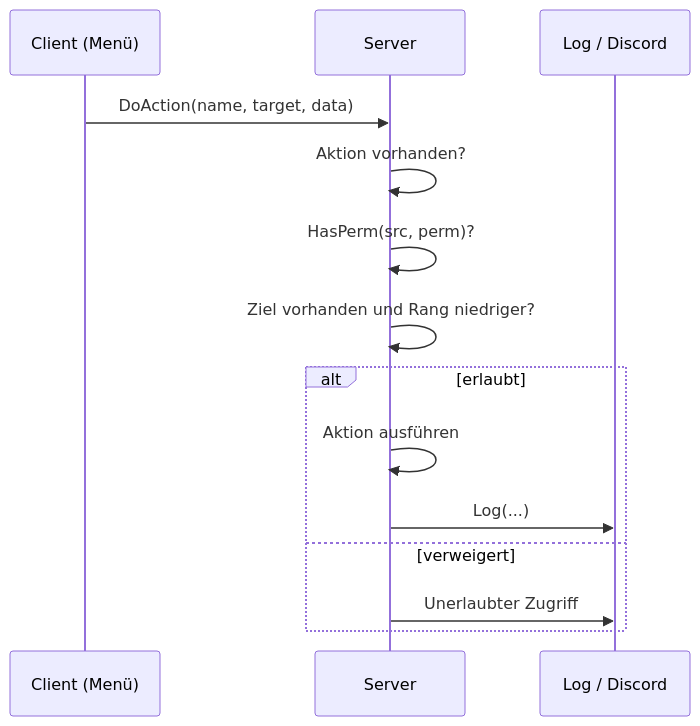
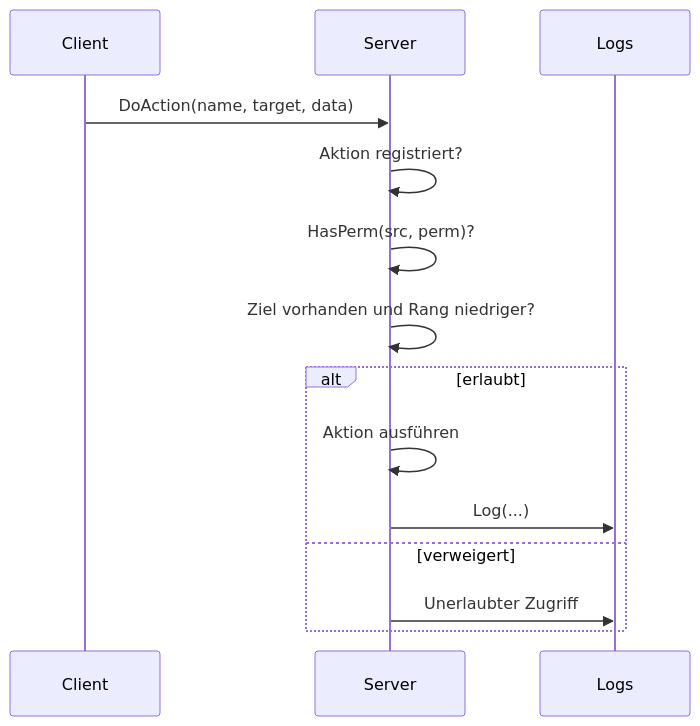
One commit to TakeAdminMenu/TakeAdminDocs changed the diagram in README.md. Above: the diagram before and after it, drawn with Mermaid. The commit also changed other lines of this file, not shown here.

````diff
--- a/README.md
+++ b/README.md
@@ -187,16 +308,16 @@
 ```mermaid
 sequenceDiagram
-    participant C as Client (Menü)
+    participant C as Client
     participant S as Server
-    participant L as Log / Discord
+    participant L as Logs
     C->>S: DoAction(name, target, data)
-    S->>S: Aktion vorhanden?
+    S->>S: Aktion registriert?
     S->>S: HasPerm(src, perm)?
     S->>S: Ziel vorhanden und Rang niedriger?
     alt erlaubt
         S->>S: Aktion ausführen
         S->>L: Log(...)
     else verweigert
         S->>L: Unerlaubter Zugriff
     end
 ```
````
